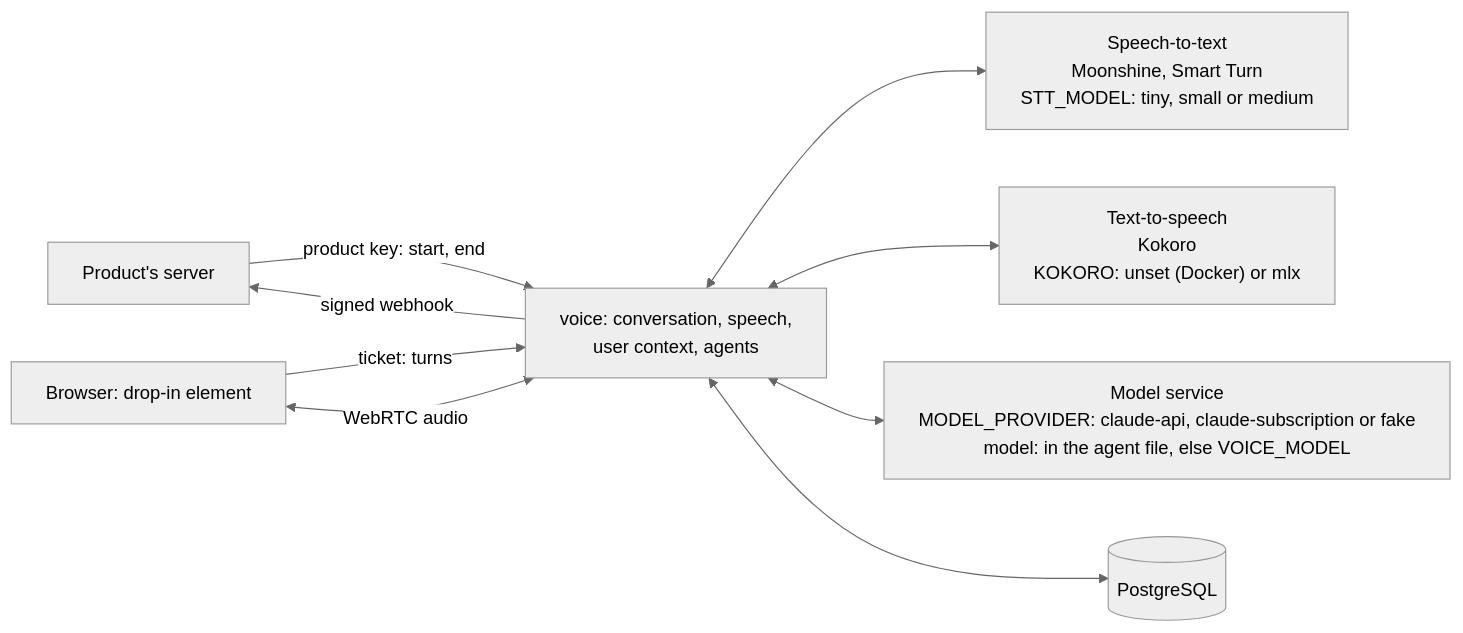
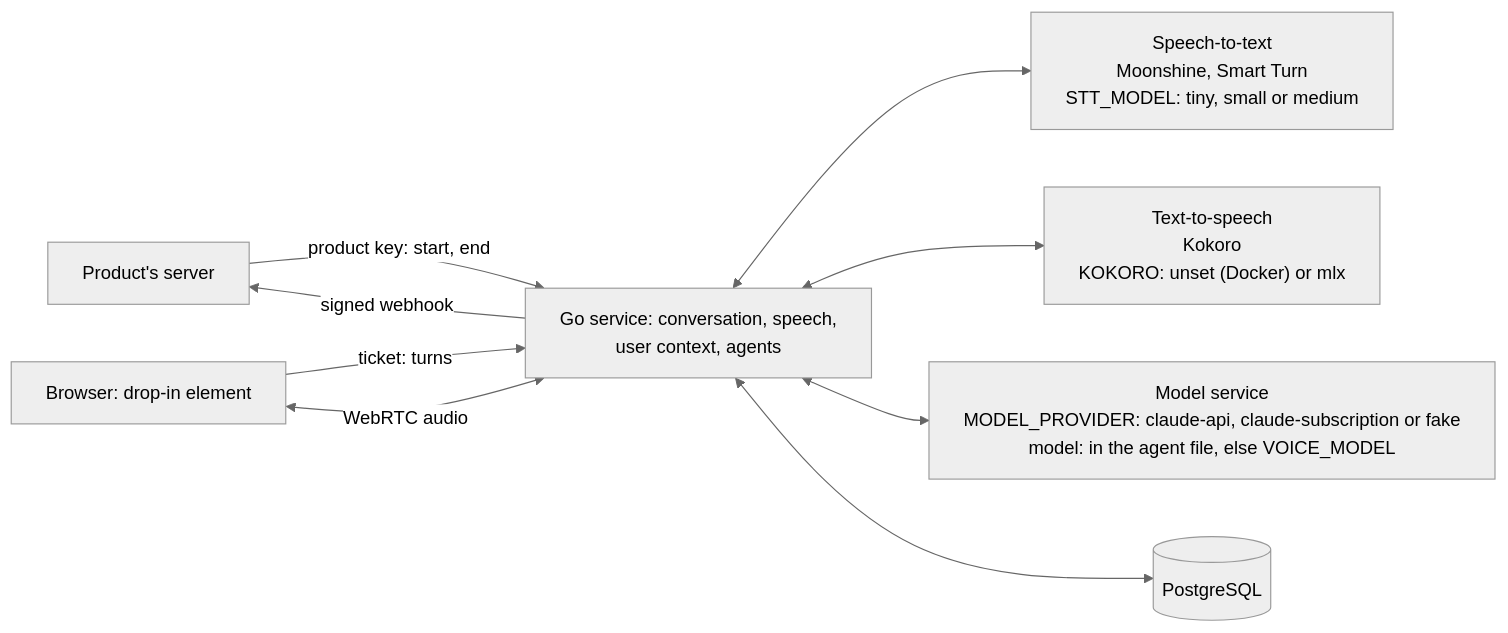
The diagram in README.md (mikaclements/voice-guide), drawn with Mermaid (neutral theme) before and after one commit. The commit also changed other lines of this file, not shown here.

````diff
--- a/README.md
+++ b/README.md
@@ -238,12 +20,12 @@
 ```mermaid
 %%{init: {"flowchart": {"wrappingWidth": 480}}}%%
 flowchart LR
     P[Product's server] -- product key: start, end --> G
-    B[Browser: drop-in element] -- ticket: turns --> G[voice: conversation, speech,<br/>user context, agents]
+    B[Browser: drop-in element] -- ticket: turns --> G[Go service: conversation, speech,<br/>user context, agents]
     B <-- WebRTC audio --> G
     G -- signed webhook --> P
     G <--> STT["Speech-to-text<br/>Moonshine, Smart Turn<br/>STT_MODEL: tiny, small or medium"]
     G <--> TTS["Text-to-speech<br/>Kokoro<br/>KOKORO: unset (Docker) or mlx"]
     G <--> M["Model service<br/>MODEL_PROVIDER: claude-api, claude-subscription or fake<br/>model: in the agent file, else VOICE_MODEL"]
     G <--> DB[(PostgreSQL)]
 ```
````
